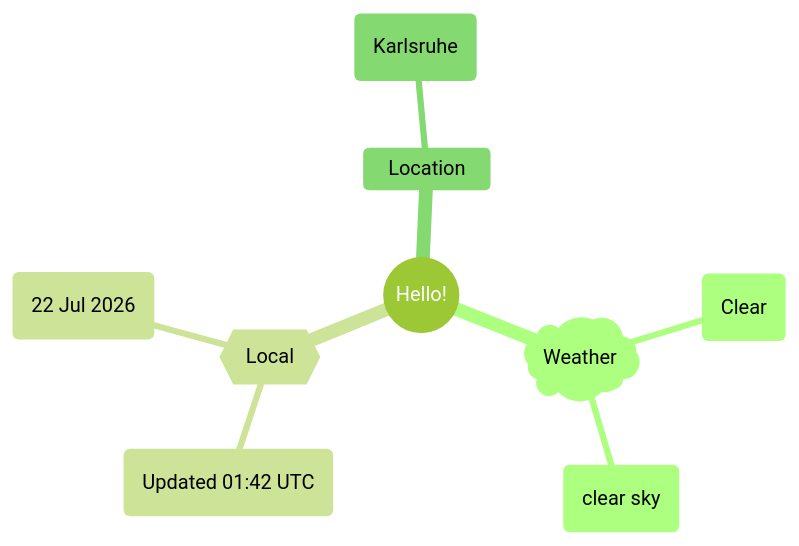
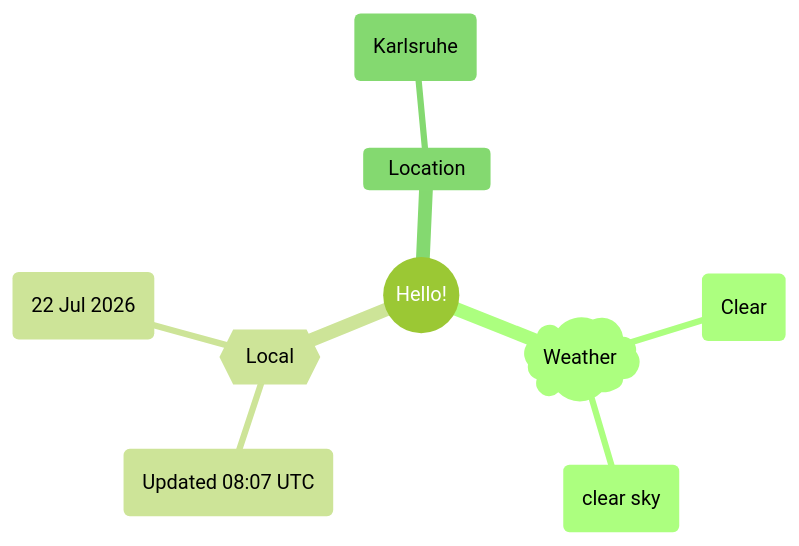
One commit to Xosrov/Xosrov changed the first of 2 diagrams in README.md. Above: the diagram before and after it, drawn with Mermaid (forest theme).

Commit message:
[bot] updated images

````diff
--- a/README.md
+++ b/README.md
@@ -3,12 +3,12 @@
 ```mermaid
 mindmap
   root((Hello!))
     )Weather(
         (Clear)
         (clear sky)
     {{Local}}
-        (Updated 01:42 UTC)
+        (Updated 08:07 UTC)
         (22 Jul 2026)
     Location
         (Karlsruhe)
 ```
````
